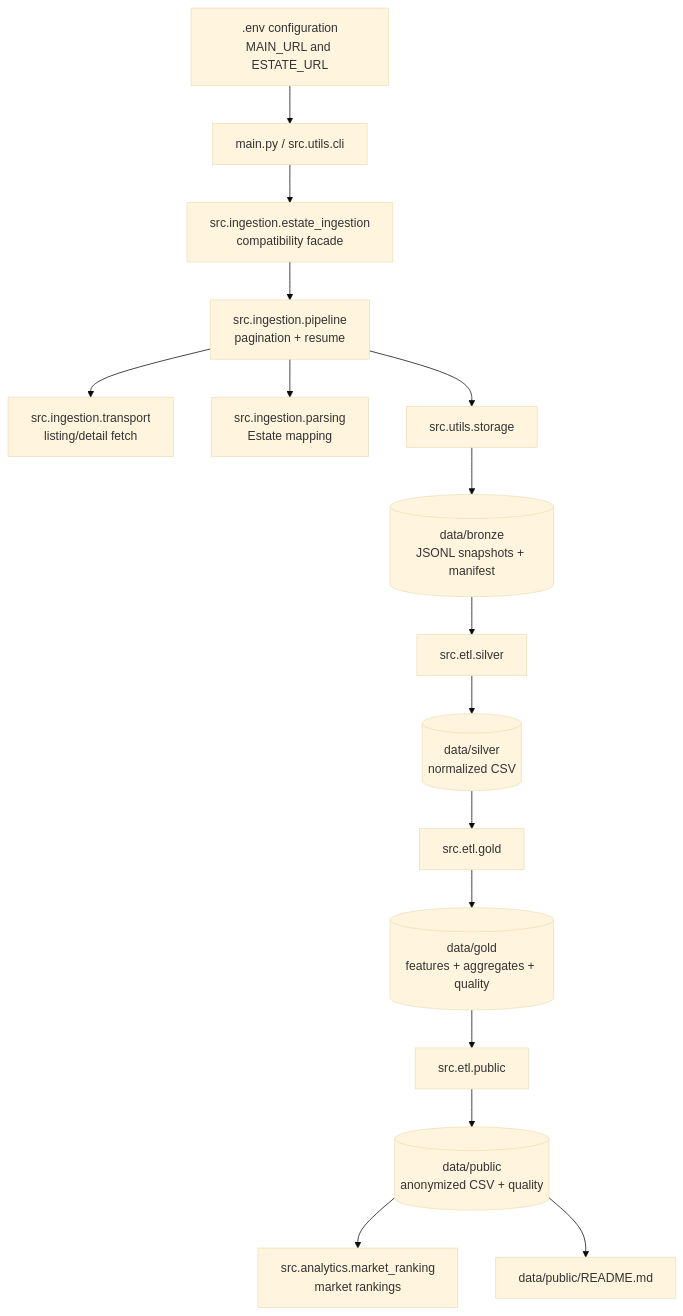
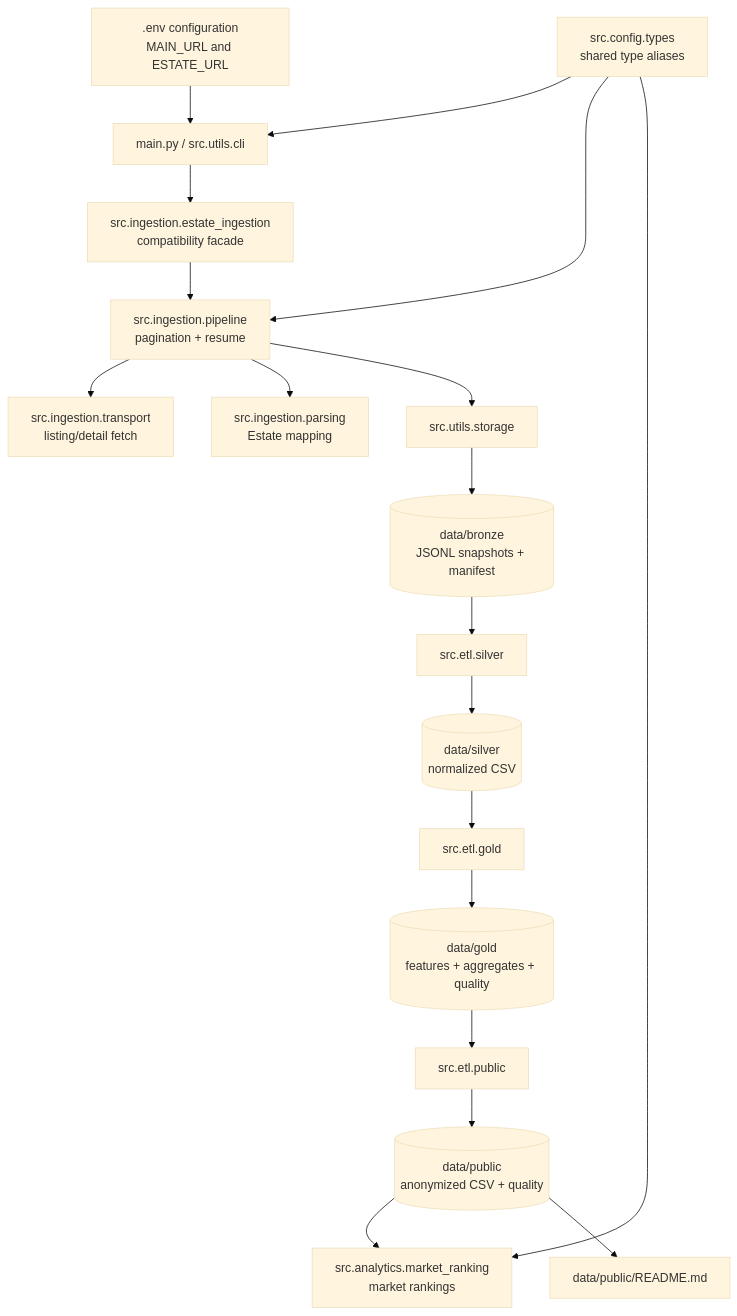
One commit to bi3lu/polish-real-estate-price-aggregates changed the diagram in docs/data-pipeline.md. Above: the diagram before and after it, drawn with Mermaid (base theme). The commit also changed other lines of this file and 18 other files, not shown here.

````diff
--- a/docs/data-pipeline.md
+++ b/docs/data-pipeline.md
@@ -3,35 +3,39 @@
 ```mermaid
 flowchart TD
     env[.env configuration<br/>MAIN_URL and ESTATE_URL]
+    config_types[src.config.types<br/>shared type aliases]
     cli[main.py / src.utils.cli]
     ingestion[src.ingestion.estate_ingestion<br/>compatibility facade]
     ingestion_pipeline[src.ingestion.pipeline<br/>pagination + resume]
     ingestion_transport[src.ingestion.transport<br/>listing/detail fetch]
     ingestion_parsing[src.ingestion.parsing<br/>Estate mapping]
     bronze_storage[src.utils.storage]
     bronze[(data/bronze<br/>JSONL snapshots + manifest)]
     silver_etl[src.etl.silver]
     silver[(data/silver<br/>normalized CSV)]
     gold_etl[src.etl.gold]
     gold[(data/gold<br/>features + aggregates + quality)]
     public_etl[src.etl.public]
     public[(data/public<br/>anonymized CSV + quality)]
     market_ranking[src.analytics.market_ranking<br/>market rankings]
     public_readme[data/public/README.md]
 
     env --> cli
+    config_types --> cli
+    config_types --> ingestion_pipeline
+    config_types --> market_ranking
     cli --> ingestion
     ingestion --> ingestion_pipeline
     ingestion_pipeline --> ingestion_transport
     ingestion_pipeline --> ingestion_parsing
     ingestion_pipeline --> bronze_storage
     bronze_storage --> bronze
     bronze --> silver_etl
     silver_etl --> silver
     silver --> gold_etl
     gold_etl --> gold
     gold --> public_etl
     public_etl --> public
     public --> market_ranking
     public --> public_readme
 ```
````
